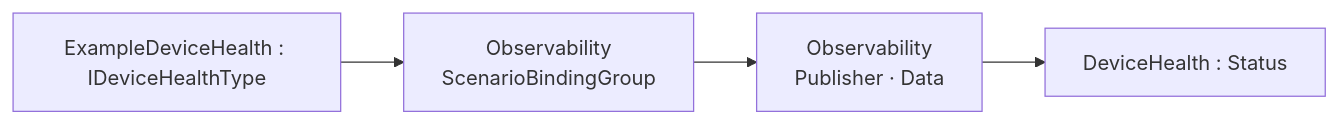
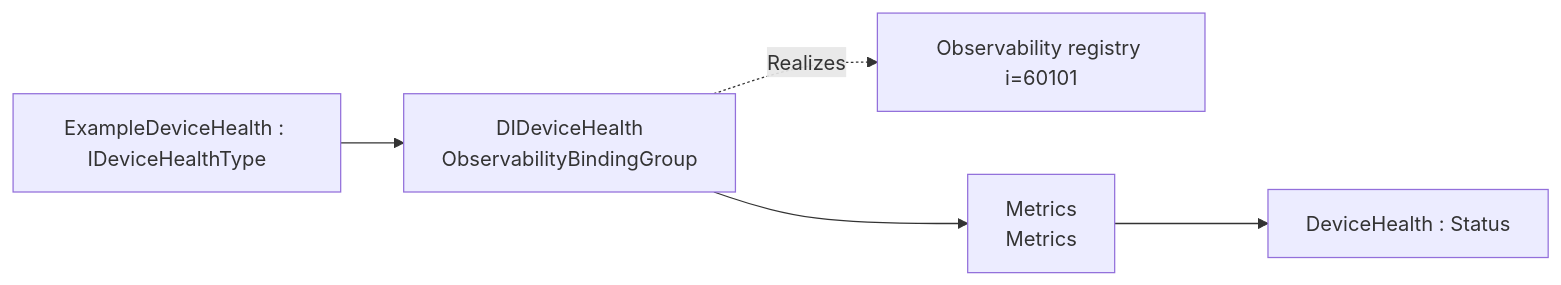
The first of 2 diagrams in core-specs/observability-export/di/OPC-UA-DIDeviceHealth-Observability-Export-Addendum.md (marcschier/opcua-drafts), drawn with Mermaid before and after one commit. The commit also changed other lines of this file and 22 other files, not shown here.

````diff
--- a/core-specs/observability-export/di/OPC-UA-DIDeviceHealth-Observability-Export-Addendum.md
+++ b/core-specs/observability-export/di/OPC-UA-DIDeviceHealth-Observability-Export-Addendum.md
@@ -45,7 +42,8 @@
 ```mermaid
 graph LR
   ROOT["ExampleDeviceHealth : IDeviceHealthType"]
-  ROOT --> G0["Observability<br/>ScenarioBindingGroup"]
-  G0 --> S0["Observability<br/>Publisher · Data"]
+  ROOT --> G["DIDeviceHealth<br/>ObservabilityBindingGroup"]
+  G -.Realizes.-> O["Observability registry i=60101"]
+  G --> S0["Metrics<br/>Metrics"]
   S0 --> S0_0["DeviceHealth : Status"]
 ```
````
